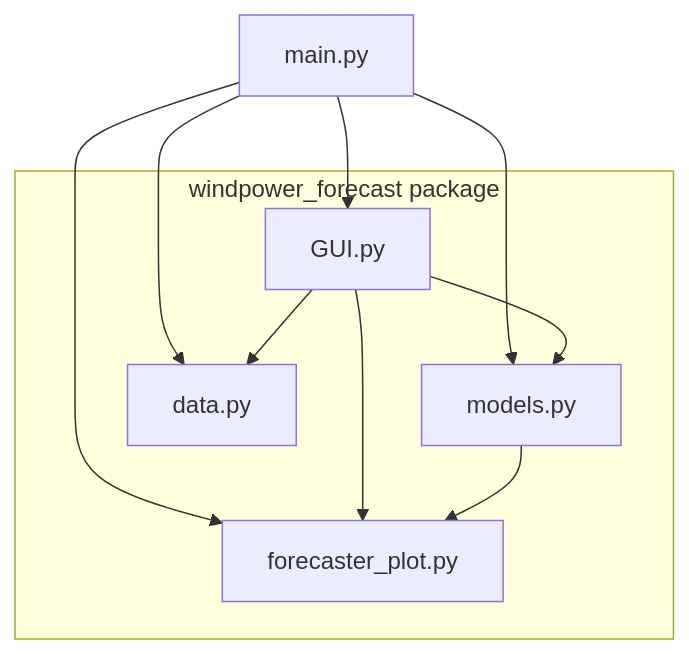
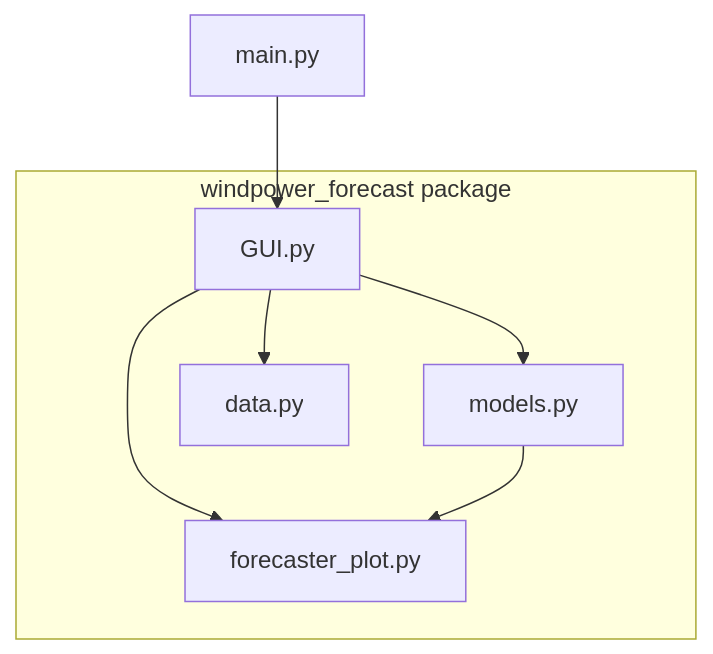
One commit to Ugozhang/Project03_46W38_MLforecasting changed the diagram in README.md. Above: the diagram before and after it, drawn with Mermaid.

Commit message:
<docs> update README.md

````diff
--- a/README.md
+++ b/README.md
@@ -98,22 +98,18 @@
 ```mermaid
 flowchart TD
 
 A[main.py] --> B[GUI.py]
 
-A --> C[models.py]
-A --> D[forecaster_plot.py]
-A --> E[data.py]
-
-B --> C
-B --> D
-B --> E
+B --> C[models.py]
+B --> D[forecaster_plot.py]
+B --> E[data.py]
 
 C --> D
 
 subgraph windpower_forecast package
     C
     D
     E
     B
 end
 ```
````
